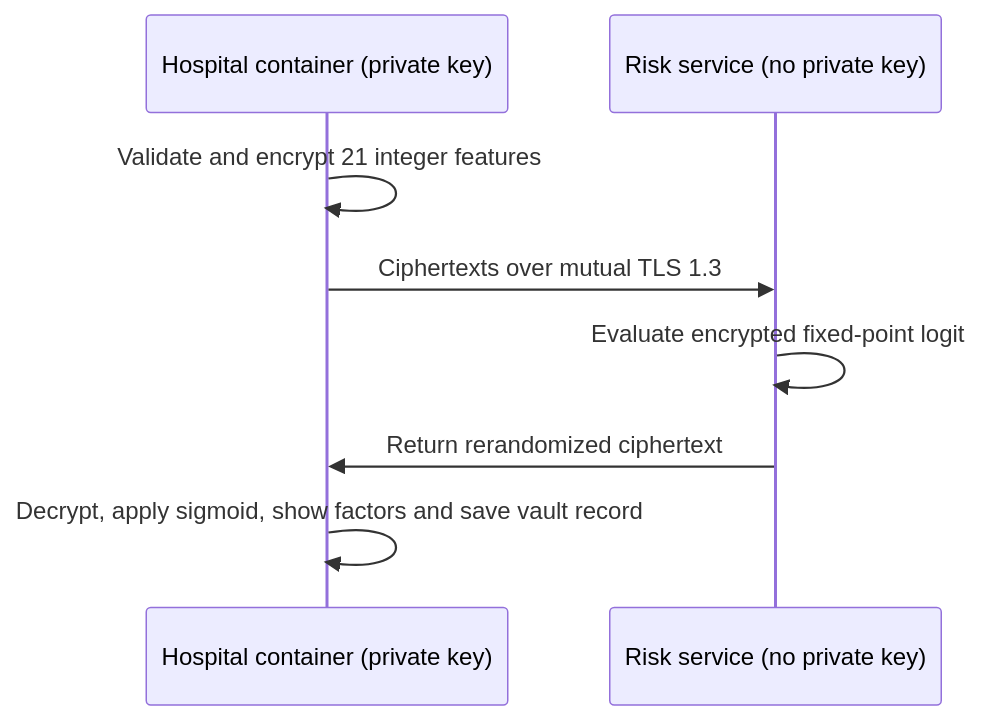
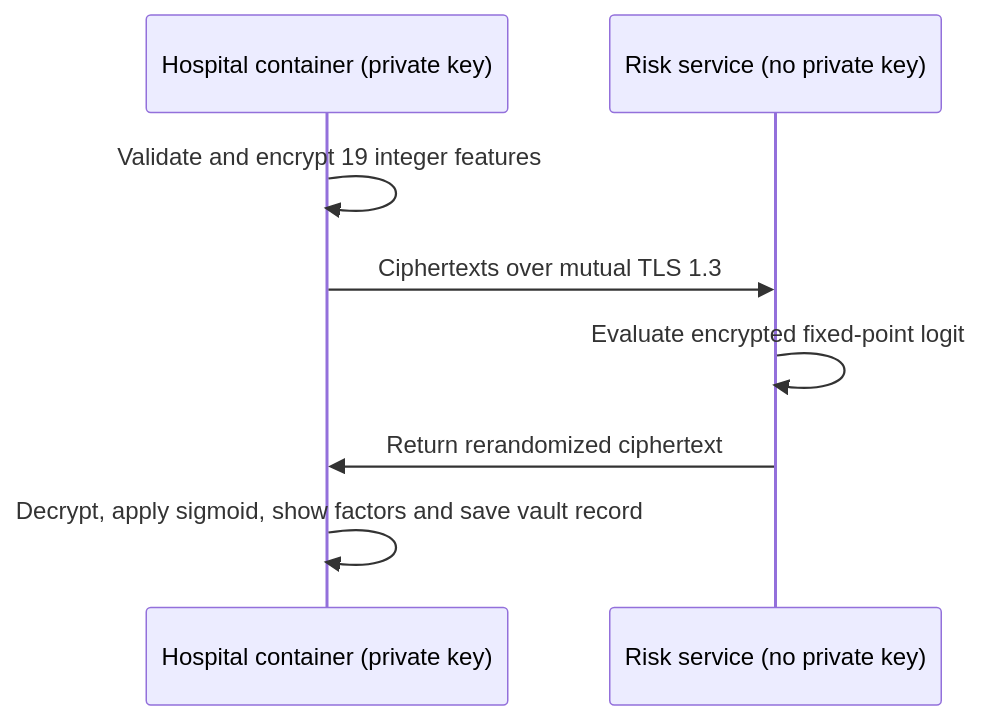
One commit to UACJ-MIAAD/antimarrulla-ibmz-datathon-2026 changed the first of 2 diagrams in docs/PROJECT.md. Above: the diagram before and after it, drawn with Mermaid. The commit also changed other lines of this file and 26 other files, not shown here.

First line of the commit message:
docs: align docs, site and diagrams with cdc19-v1 (19 features) and add fresh local measurements

````diff
--- a/docs/PROJECT.md
+++ b/docs/PROJECT.md
@@ -26,10 +26,10 @@
 ```mermaid
 sequenceDiagram
     participant H as Hospital container (private key)
     participant S as Risk service (no private key)
-    H->>H: Validate and encrypt 21 integer features
+    H->>H: Validate and encrypt 19 integer features
     H->>S: Ciphertexts over mutual TLS 1.3
     S->>S: Evaluate encrypted fixed-point logit
     S->>H: Return rerandomized ciphertext
     H->>H: Decrypt, apply sigmoid, show factors and save vault record
 ```
````
